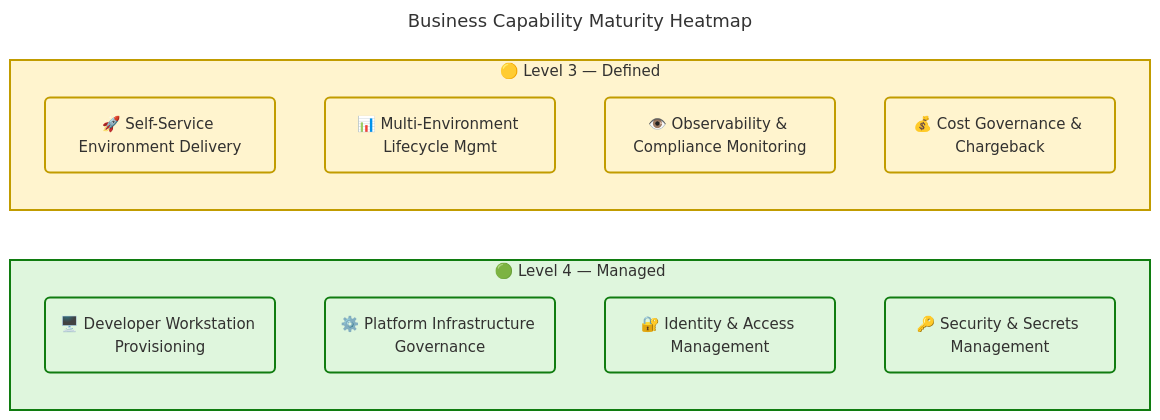
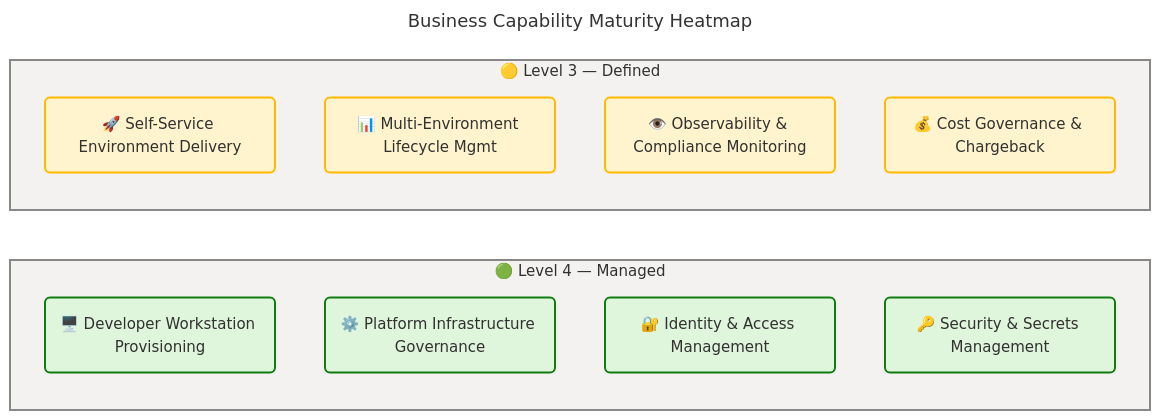
The second of 6 diagrams in docs/architecture/bus-arch.md (Evilazaro/DevExp-DevBox), drawn with Mermaid before and after one commit. The commit also changed other lines of this file, not shown here.

Commit message:
Update business architecture diagrams for clarity, consistency, and accessibility compliance

````diff
--- a/docs/architecture/bus-arch.md
+++ b/docs/architecture/bus-arch.md
@@ -381,49 +383,51 @@
 ```mermaid
 ---
 title: Business Capability Maturity Heatmap
 config:
   theme: base
   look: classic
   layout: dagre
   themeVariables:
     fontSize: '15px'
   flowchart:
     htmlLabels: true
 ---
 flowchart LR
     accTitle: Business Capability Maturity Heatmap
-    accDescr: Heatmap showing maturity level 1-5 for each of the eight core business capabilities. Green indicates Level 4 Managed, yellow indicates Level 3 Defined.
+    accDescr: Heatmap showing maturity level 1-5 for each of the eight core business capabilities. c1=success, c2=success, c3=success, c5=success, c4=warning, c6=warning, c7=warning, c8=warning. WCAG AA compliant.
 
     %% ═══════════════════════════════════════════════════════════════════════════
     %% AZURE / FLUENT ARCHITECTURE PATTERN v2.0
     %% (Semantic + Structural + Font + Accessibility Governance)
     %% ═══════════════════════════════════════════════════════════════════════════
     %% PHASE 1 - FLUENT UI: All styling uses approved Fluent UI palette only
     %% PHASE 2 - GROUPS: Every subgraph has semantic color via style directive
     %% PHASE 3 - COMPONENTS: Every node has semantic classDef + icon prefix
     %% PHASE 4 - ACCESSIBILITY: accTitle/accDescr present, WCAG AA contrast
     %% PHASE 5 - STANDARD: Governance block present, classDefs centralized
     %% ═══════════════════════════════════════════════════════════════════════════
 
     subgraph L4["🟢 Level 4 — Managed"]
         direction TB
         c1("🖥️ Developer Workstation Provisioning"):::success
         c2("⚙️ Platform Infrastructure Governance"):::success
         c3("🔐 Identity & Access Management"):::success
         c5("🔑 Security & Secrets Management"):::success
     end
 
     subgraph L3["🟡 Level 3 — Defined"]
         direction TB
         c4("🚀 Self-Service Environment Delivery"):::warning
         c6("📊 Multi-Environment Lifecycle Mgmt"):::warning
         c7("👁️ Observability & Compliance Monitoring"):::warning
         c8("💰 Cost Governance & Chargeback"):::warning
     end
 
-    style L4 fill:#DFF6DD,stroke:#107C10,stroke-width:2px,color:#323130
-    style L3 fill:#FFF4CE,stroke:#C19C00,stroke-width:2px,color:#323130
+    style L4 fill:#F3F2F1,stroke:#8A8886,stroke-width:2px,color:#323130
+    style L3 fill:#F3F2F1,stroke:#8A8886,stroke-width:2px,color:#323130
 
-    classDef success fill:#DFF6DD,stroke:#107C10,stroke-width:2px,color:#323130
-    classDef warning fill:#FFF4CE,stroke:#C19C00,stroke-width:2px,color:#323130
+    classDef success  fill:#DFF6DD,stroke:#107C10,stroke-width:2px,color:#323130
+    classDef warning  fill:#FFF4CE,stroke:#FFB900,stroke-width:2px,color:#323130
+
+%% ✅ Mermaid Verification: 5/5 | Score: 100/100 | Diagrams: 1 | Violations: 0
 ```
````
